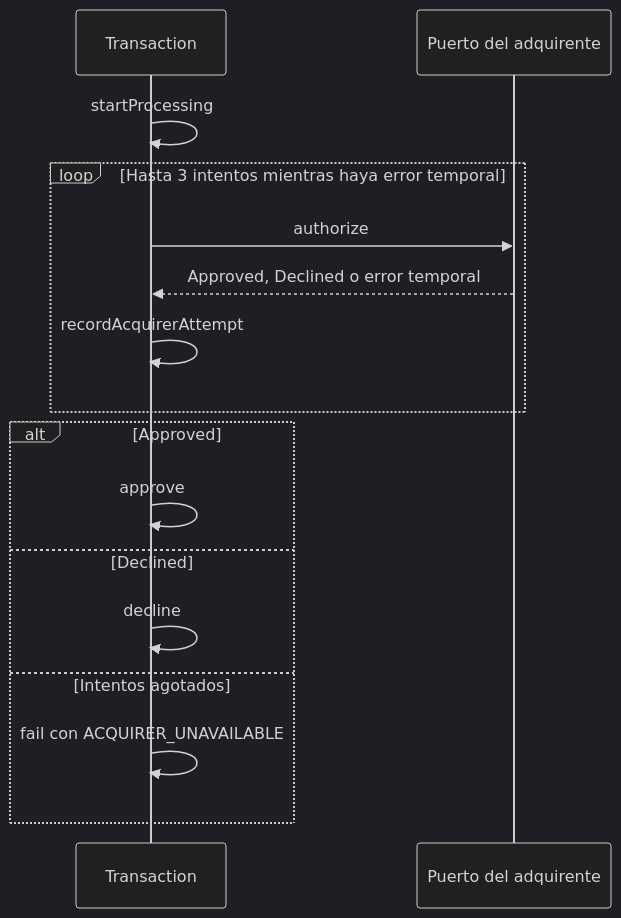
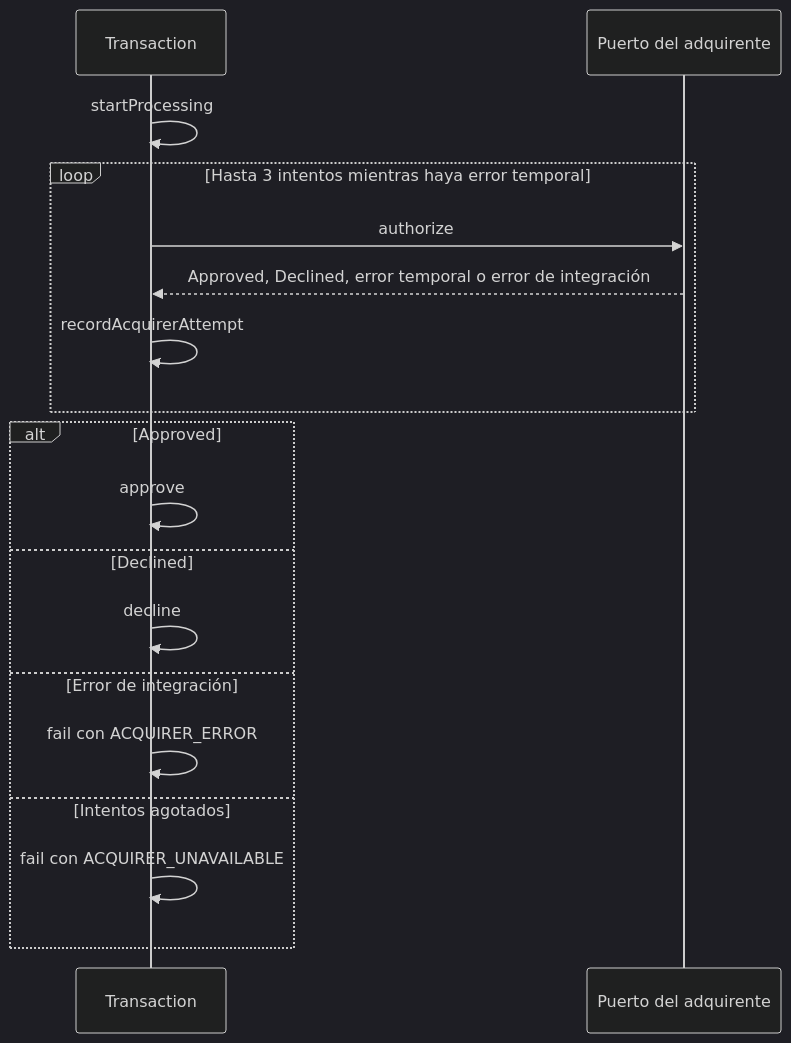
Before and after one commit to Guillermo-Octavio/desafio-retail-laravel-angular-postgresql: the fourth of 6 diagrams in docs/03-domain-model.md, drawn with Mermaid (dark theme). The commit also changed other lines of this file and 23 other files, not shown here.

````diff
--- a/docs/03-domain-model.md
+++ b/docs/03-domain-model.md
@@ -207,18 +209,20 @@
 ```mermaid
 sequenceDiagram
     participant T as Transaction
     participant A as Puerto del adquirente
     T->>T: startProcessing
     loop Hasta 3 intentos mientras haya error temporal
         T->>A: authorize
-        A-->>T: Approved, Declined o error temporal
+        A-->>T: Approved, Declined, error temporal o error de integración
         T->>T: recordAcquirerAttempt
     end
     alt Approved
         T->>T: approve
     else Declined
         T->>T: decline
+    else Error de integración
+        T->>T: fail con ACQUIRER_ERROR
     else Intentos agotados
         T->>T: fail con ACQUIRER_UNAVAILABLE
     end
 ```
````
